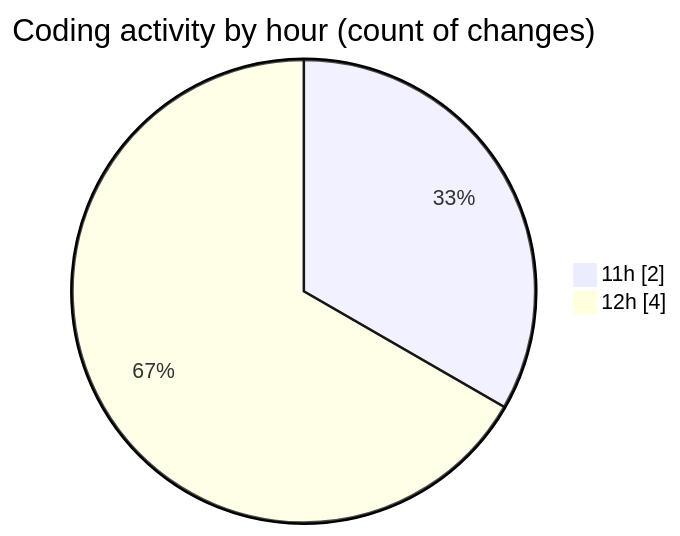
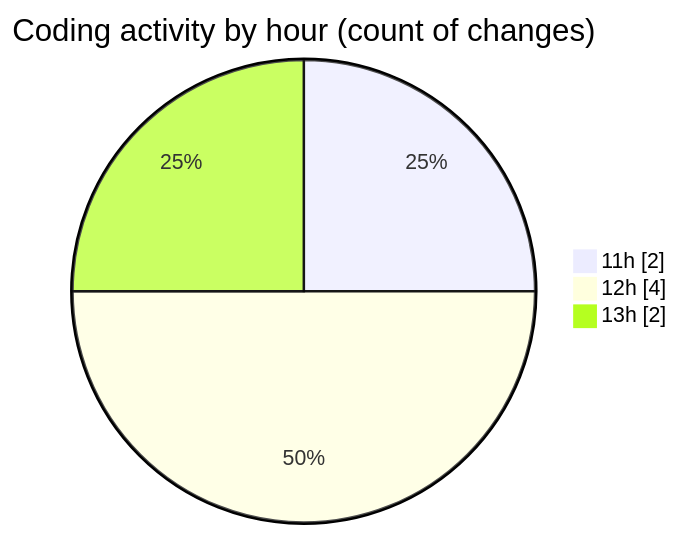
One commit to nxtqubesakshisongat/code-tracking changed the second of 2 diagrams in 2026-01-30/nxtqube_webapp/README.md. Above: the diagram before and after it, drawn with Mermaid. The commit also changed other lines of this file and 1 other file, not shown here.

````diff
--- a/2026-01-30/nxtqube_webapp/README.md
+++ b/2026-01-30/nxtqube_webapp/README.md
@@ -30,6 +30,7 @@
 ```mermaid
 pie showData
 title Coding activity by hour (count of changes)
 "11h" : 2
 "12h" : 4
+"13h" : 2
 ```
````
